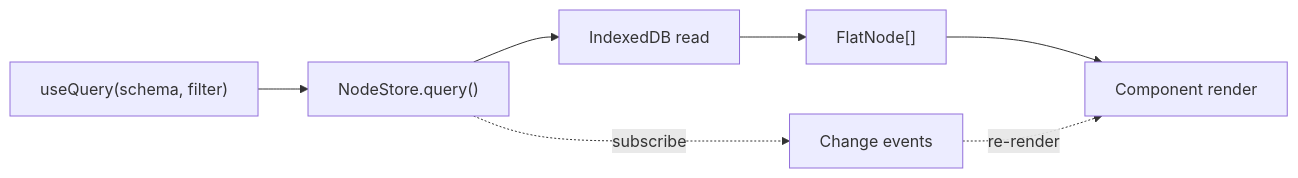
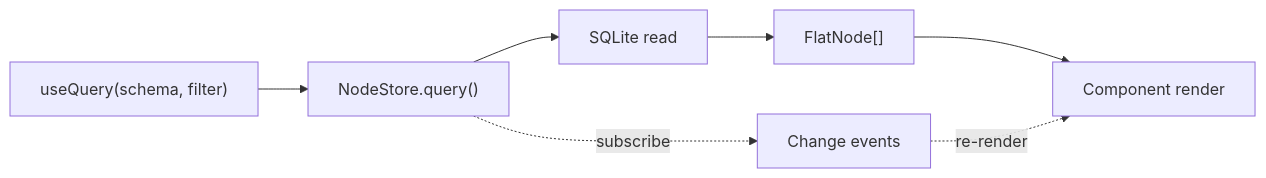
The second of 3 diagrams in site/src/content/docs/docs/architecture/overview.mdx (crs48/xNet), drawn with Mermaid before and after one commit. The commit also changed other lines of this file and 22 other files, not shown here.

````diff
--- a/site/src/content/docs/docs/architecture/overview.mdx
+++ b/site/src/content/docs/docs/architecture/overview.mdx
@@ -80,9 +80,9 @@
 ```mermaid
 flowchart LR
   A["useQuery(schema, filter)"] --> B["NodeStore.query()"]
-  B --> C["IndexedDB read"]
+  B --> C["SQLite read"]
   C --> D["FlatNode[]"]
   D --> E["Component render"]
   B -.->|subscribe| F["Change events"]
   F -.->|re-render| E
 ```
````
